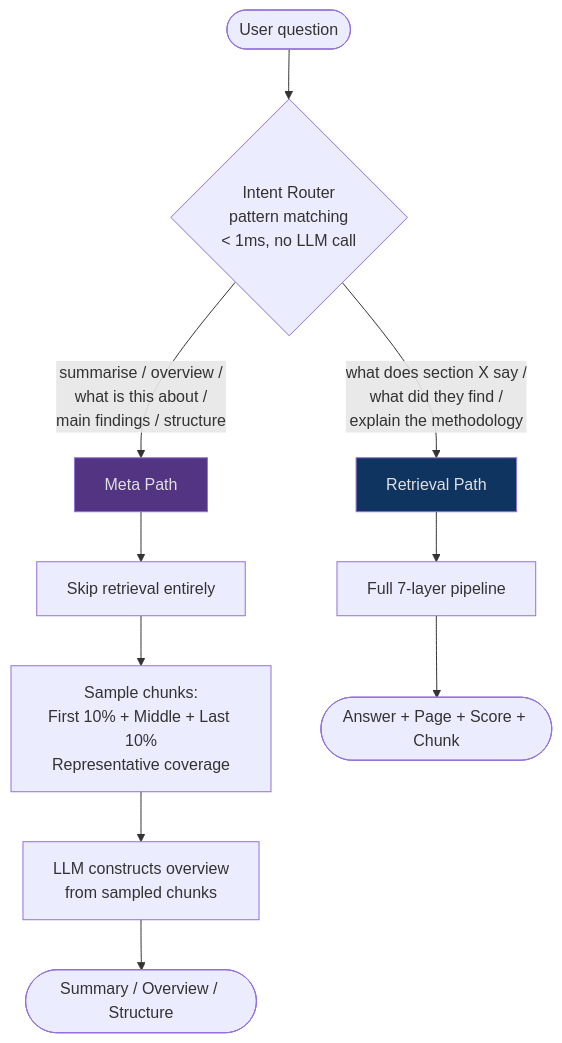
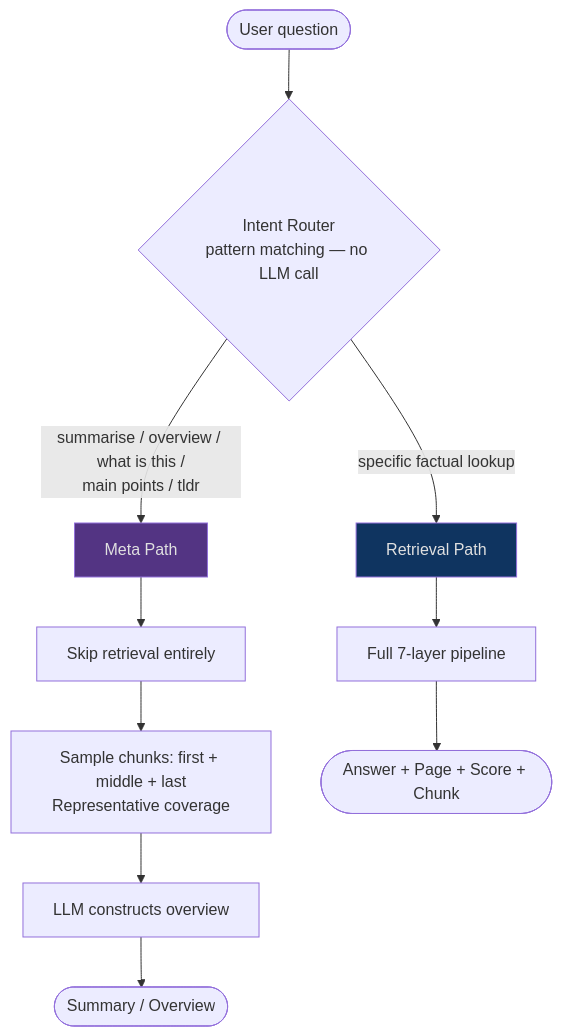
One commit to ishwaryaaaaaaaaa/LexAI changed the fifth of 5 diagrams in README.md. Above: the diagram before and after it, drawn with Mermaid. The commit also changed other lines of this file, not shown here.

````diff
--- a/README.md
+++ b/README.md
@@ -213,18 +202,18 @@
 ```mermaid
 flowchart TD
-    Q([User question]) --> R{Intent Router\npattern matching\n< 1ms, no LLM call}
-    
-    R -->|"summarise / overview /\nwhat is this about /\nmain findings / structure"| META[Meta Path]
-    R -->|"what does section X say /\nwhat did they find /\nexplain the methodology"| LOOKUP[Retrieval Path]
-    
+    Q([User question]) --> R{Intent Router\npattern matching — no LLM call}
+
+    R -->|"summarise / overview / what is this /\nmain points / tldr"| META[Meta Path]
+    R -->|"specific factual lookup"| LOOKUP[Retrieval Path]
+
     META --> M1[Skip retrieval entirely]
-    M1 --> M2["Sample chunks:\nFirst 10% + Middle + Last 10%\nRepresentative coverage"]
-    M2 --> M3[LLM constructs overview\nfrom sampled chunks]
-    M3 --> OUT1([Summary / Overview / Structure])
-    
+    M1 --> M2["Sample chunks: first + middle + last\nRepresentative coverage"]
+    M2 --> M3[LLM constructs overview]
+    M3 --> OUT1([Summary / Overview])
+
     LOOKUP --> L1[Full 7-layer pipeline]
     L1 --> OUT2([Answer + Page + Score + Chunk])
-    
+
     style META fill:#533483,color:#e0e0e0
     style LOOKUP fill:#0f3460,color:#e0e0e0
 ```
````
